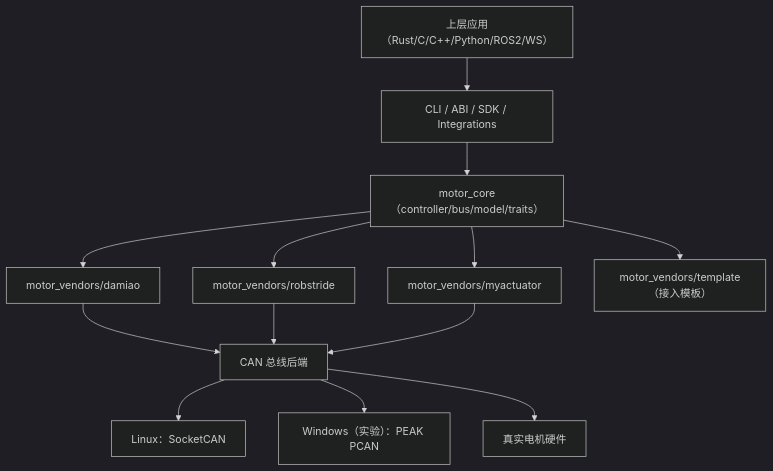
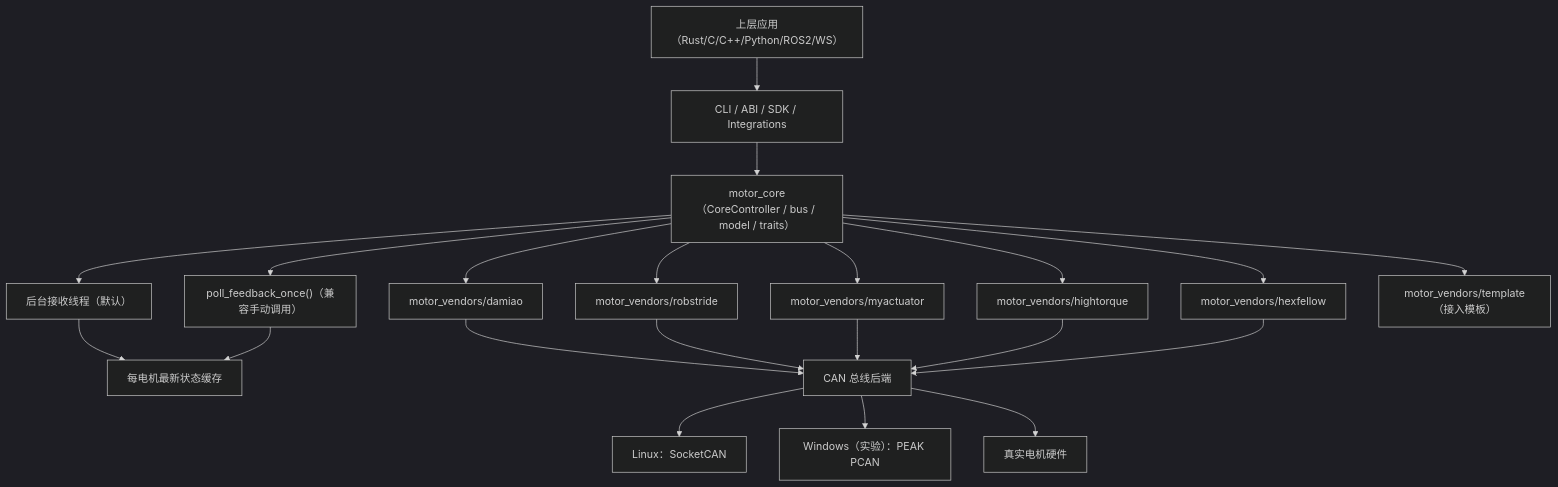
The first of 3 diagrams in README.zh-CN.md (tianrking/motorbridge), drawn with Mermaid (dark theme) before and after one commit. The commit also changed other lines of this file and 1 other file, not shown here.

First line of the commit message:
docs(readme): add badges and refresh architecture mermaid diagrams

````diff
--- a/README.zh-CN.md
+++ b/README.zh-CN.md
@@ -39,15 +45,23 @@
 ```mermaid
 flowchart TB
   APP["上层应用（Rust/C/C++/Python/ROS2/WS）"] --> SURFACE["CLI / ABI / SDK / Integrations"]
-  SURFACE --> CORE["motor_core（controller/bus/model/traits）"]
+  SURFACE --> CORE["motor_core（CoreController / bus / model / traits）"]
+  CORE --> RX["后台接收线程（默认）"]
+  CORE --> MANUAL["poll_feedback_once()（兼容手动调用）"]
+  RX --> CACHE["每电机最新状态缓存"]
+  MANUAL --> CACHE
   CORE --> DAMIAO["motor_vendors/damiao"]
   CORE --> ROBSTRIDE["motor_vendors/robstride"]
   CORE --> MYACT["motor_vendors/myactuator"]
+  CORE --> HIGHTORQUE["motor_vendors/hightorque"]
+  CORE --> HEXFELLOW["motor_vendors/hexfellow"]
   CORE --> TEMPLATE["motor_vendors/template（接入模板）"]
   DAMIAO --> CAN["CAN 总线后端"]
   ROBSTRIDE --> CAN
   MYACT --> CAN
+  HIGHTORQUE --> CAN
+  HEXFELLOW --> CAN
   CAN --> LNX["Linux：SocketCAN"]
   CAN --> WIN["Windows（实验）：PEAK PCAN"]
   CAN --> HW["真实电机硬件"]
 ```
````
